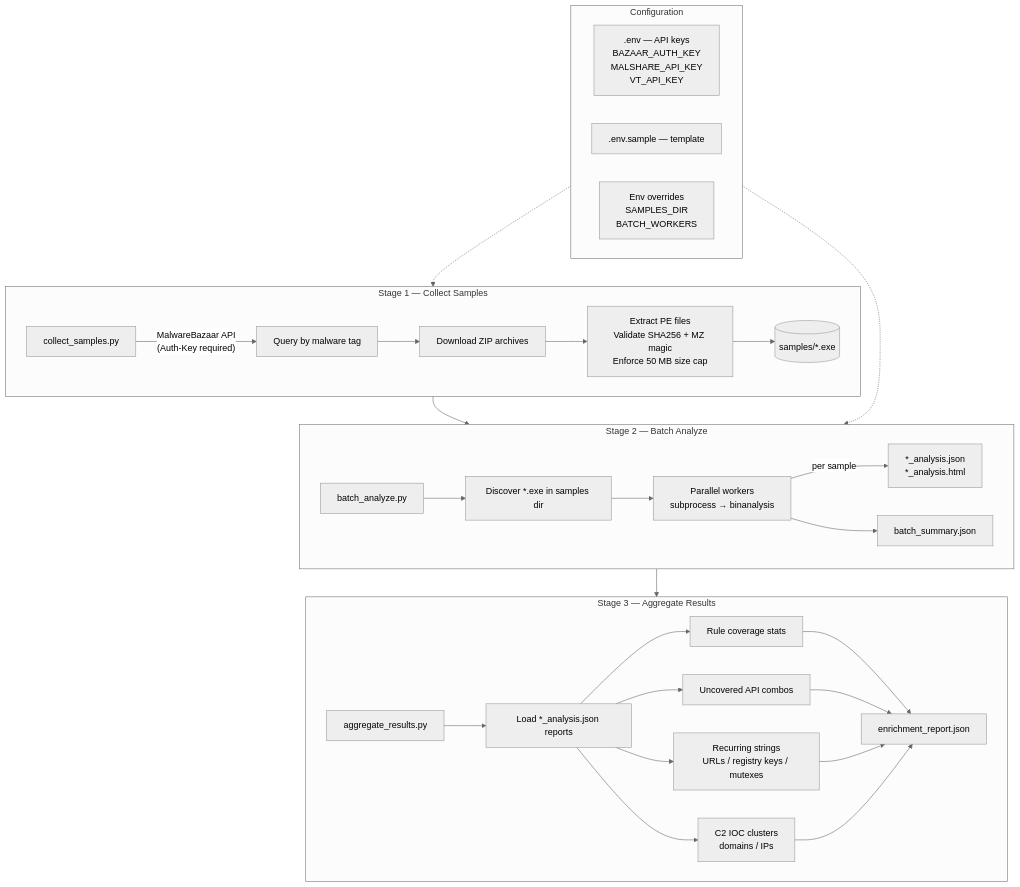
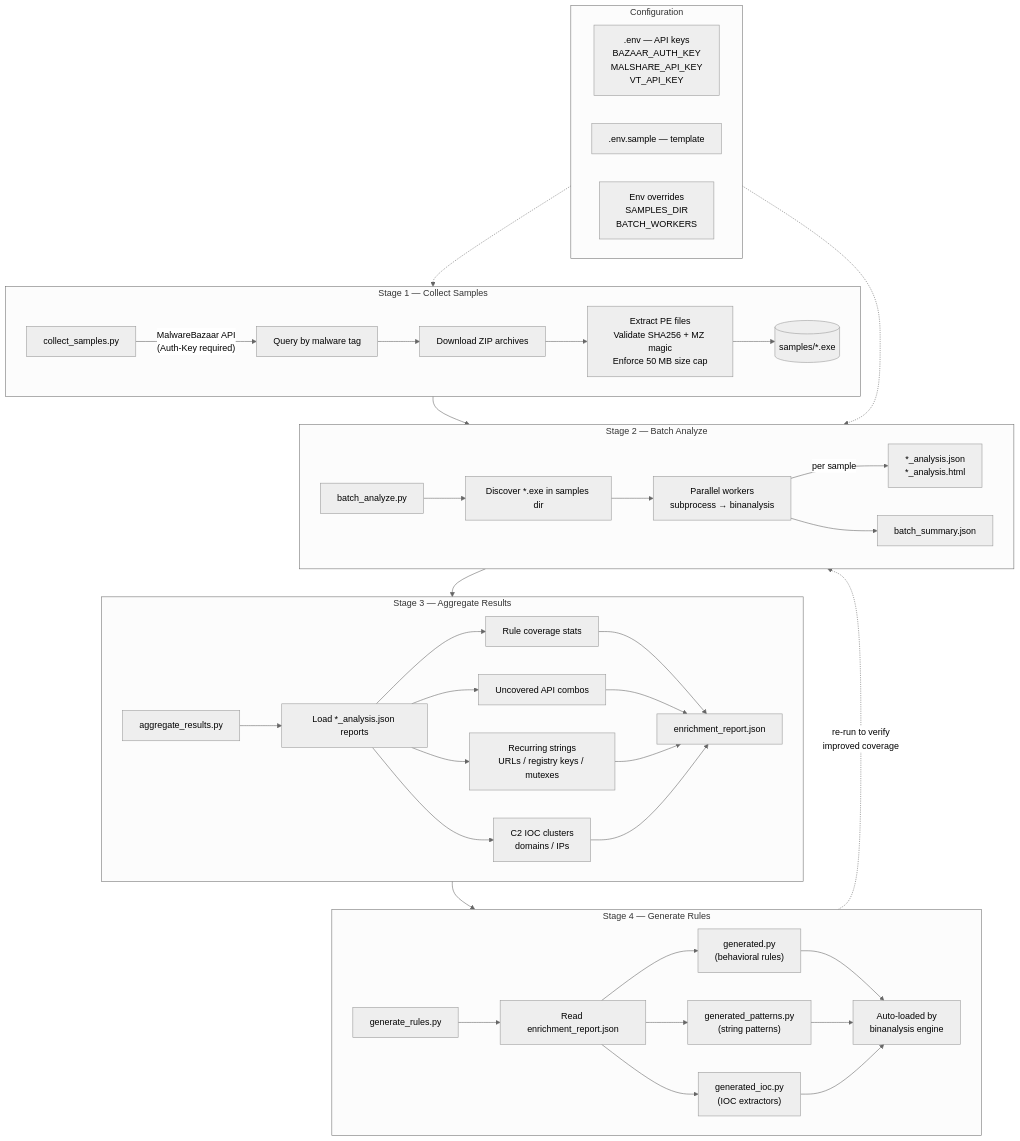
One commit to VisionSecurityLabs/binary-analysis-toolkit changed the diagram in pipeline/README.md. Above: the diagram before and after it, drawn with Mermaid (neutral theme). The commit also changed other lines of this file and 6 other files, not shown here.

First line of the commit message:
Add auto-generation of detection rules from enrichment pipeline

````diff
--- a/pipeline/README.md
+++ b/pipeline/README.md
@@ -5,36 +5,45 @@
 ```mermaid
 flowchart TD
     subgraph Stage1["Stage 1 — Collect Samples"]
         A1[collect_samples.py] -->|"MalwareBazaar API\n(Auth-Key required)"| A2[Query by malware tag]
         A2 --> A3[Download ZIP archives]
         A3 --> A4[Extract PE files\nValidate SHA256 + MZ magic\nEnforce 50 MB size cap]
         A4 --> A5[("samples/*.exe")]
     end
 
     subgraph Stage2["Stage 2 — Batch Analyze"]
         B1[batch_analyze.py] --> B2[Discover *.exe in samples dir]
         B2 --> B3[Parallel workers\nsubprocess → binanalysis]
         B3 -->|per sample| B4["*_analysis.json\n*_analysis.html"]
         B3 --> B5[batch_summary.json]
     end
 
     subgraph Stage3["Stage 3 — Aggregate Results"]
         C1[aggregate_results.py] --> C2[Load *_analysis.json reports]
         C2 --> C3[Rule coverage stats]
         C2 --> C4[Uncovered API combos]
         C2 --> C5[Recurring strings\nURLs / registry keys / mutexes]
         C2 --> C6[C2 IOC clusters\ndomains / IPs]
         C3 & C4 & C5 & C6 --> C7[enrichment_report.json]
     end
 
-    Stage1 --> Stage2 --> Stage3
+    subgraph Stage4["Stage 4 — Generate Rules"]
+        D1[generate_rules.py] --> D2[Read enrichment_report.json]
+        D2 --> D3["generated.py\n(behavioral rules)"]
+        D2 --> D4["generated_patterns.py\n(string patterns)"]
+        D2 --> D5["generated_ioc.py\n(IOC extractors)"]
+        D3 & D4 & D5 --> D6[Auto-loaded by\nbinanalysis engine]
+    end
+
+    Stage1 --> Stage2 --> Stage3 --> Stage4
+    Stage4 -.->|"re-run to verify\nimproved coverage"| Stage2
 
     subgraph Config["Configuration"]
         E1[".env — API keys\nBAZAAR_AUTH_KEY\nMALSHARE_API_KEY\nVT_API_KEY"]
         E2[".env.sample — template"]
         E3["Env overrides\nSAMPLES_DIR\nBATCH_WORKERS"]
     end
 
     Config -.-> Stage1
     Config -.-> Stage2
 ```
````
